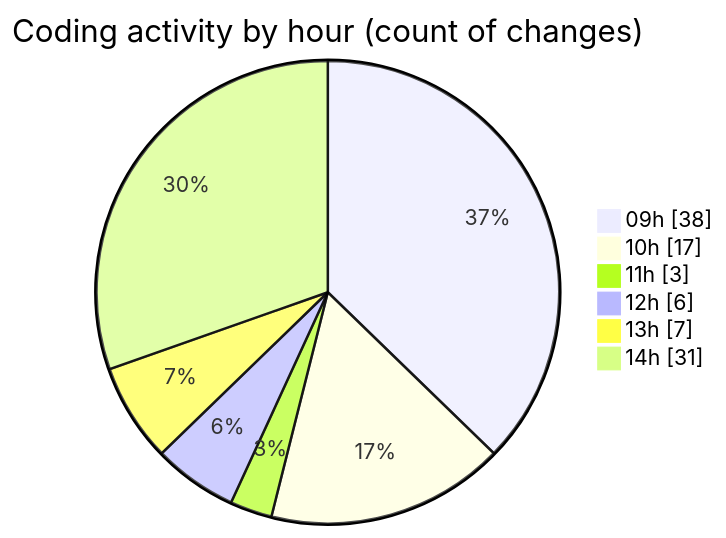
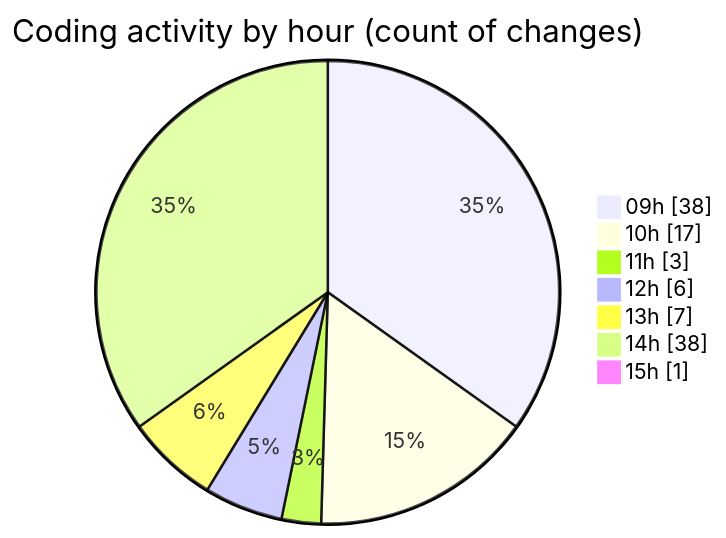
One commit to momahboobian/code-tracking changed the second of 2 diagrams in 2026-10-22/cda/README.md. Above: the diagram before and after it, drawn with Mermaid. The commit also changed other lines of this file and 1 other file, not shown here.

````diff
--- a/2026-10-22/cda/README.md
+++ b/2026-10-22/cda/README.md
@@ -51,10 +51,11 @@
 ```mermaid
 pie showData
 title Coding activity by hour (count of changes)
 "09h" : 38
 "10h" : 17
 "11h" : 3
 "12h" : 6
 "13h" : 7
-"14h" : 31
+"14h" : 38
+"15h" : 1
 ```
````
